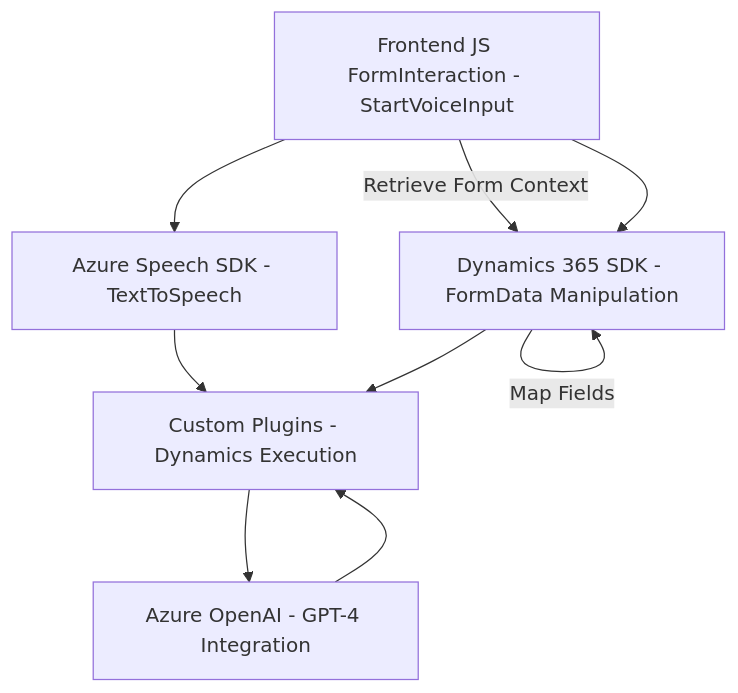
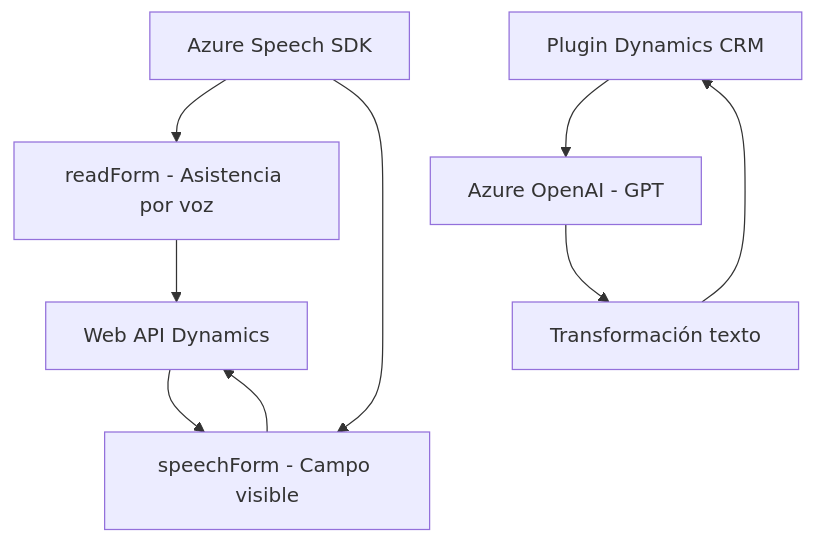
Before and after one commit to blopezdm/NETCORE_BILBAO2025: the diagram in README.md, drawn with Mermaid. The commit also changed other lines of this file, not shown here.

````diff
--- a/README.md
+++ b/README.md
@@ -41,17 +27,11 @@
 ```mermaid
 graph TD
-    A["Frontend JS FormInteraction - StartVoiceInput"]
-    B["Azure Speech SDK - TextToSpeech"]
-    C["Dynamics 365 SDK - FormData Manipulation"]
-    D["Custom Plugins - Dynamics Execution"]
-    E["Azure OpenAI - GPT-4 Integration"]
-
-    A --> B
-    A -- "Retrieve Form Context" --> C
-    C -- "Map Fields" --> C
-    B --> D
-    D --> E
-    E --> D
-    C --> D
-    A --> C
+A["Azure Speech SDK"] --> B["readForm - Asistencia por voz"]
+A["Azure Speech SDK"] --> C["speechForm - Reconocimiento de voz"]
+C["speechForm - Reconocimiento de voz"] --> D["Web API Dynamics"]
+D["Web API Dynamics"] --> C["speechForm - Campo visible"]
+B["readForm - Asistencia por voz"] --> D["Web API Dynamics"]
+E["Plugin Dynamics CRM"] --> F["Azure OpenAI - GPT"]
+F["Azure OpenAI - GPT"] --> G["Transformación texto"]
+G["Transformación texto"] --> E["Plugin Dynamics CRM"]
 ```
````
